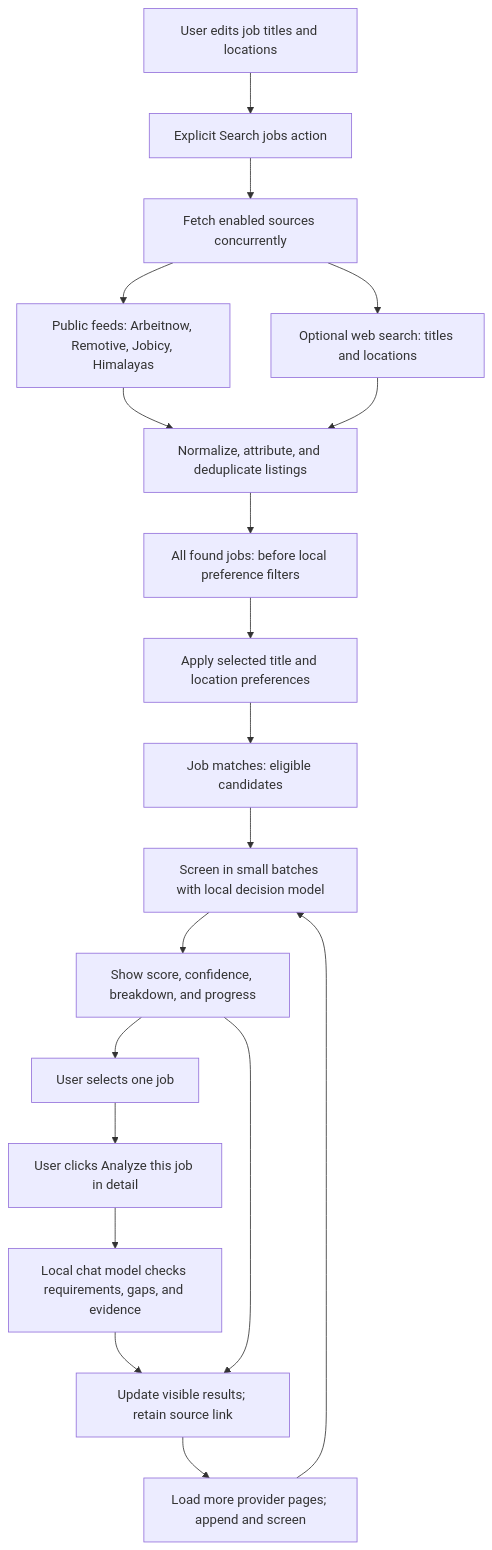
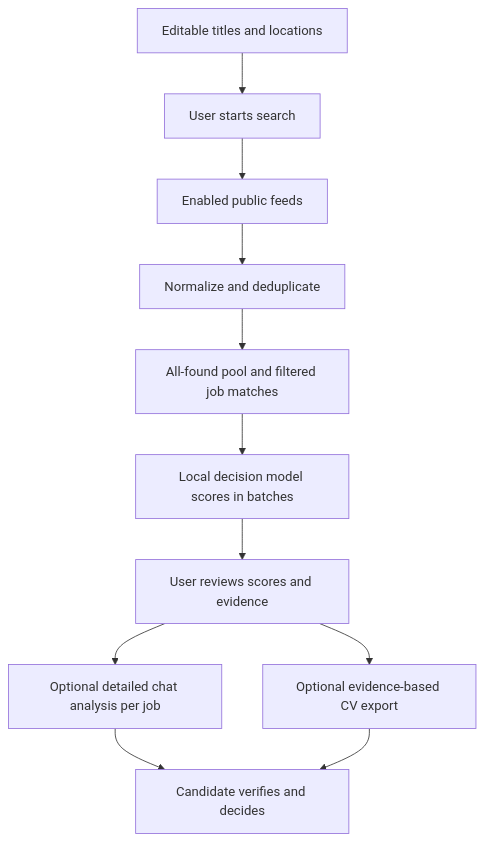
One commit to sinariazi/jobpilot changed the second of 4 diagrams in README.md. Above: the diagram before and after it, drawn with Mermaid. The commit also changed other lines of this file, not shown here.

````diff
--- a/README.md
+++ b/README.md
@@ -193,21 +40,13 @@
 ```mermaid
 flowchart TB
-    preferences["User edits job titles and locations"] --> request["Explicit Search jobs action"]
-    request --> gather["Fetch enabled sources concurrently"]
-    gather --> public["Public feeds: Arbeitnow, Remotive, Jobicy, Himalayas"]
-    gather --> optional["Optional web search: titles and locations"]
-    public --> normalize["Normalize, attribute, and deduplicate listings"]
-    optional --> normalize
-    normalize --> pool["All found jobs: before local preference filters"]
-    pool --> filter["Apply selected title and location preferences"]
-    filter --> eligible["Job matches: eligible candidates"]
-    eligible --> batch["Screen in small batches with local decision model"]
-    batch --> score["Show score, confidence, breakdown, and progress"]
-    score --> select["User selects one job"]
-    select --> detailRequest["User clicks Analyze this job in detail"]
-    detailRequest --> detail["Local chat model checks requirements, gaps, and evidence"]
-    detail --> results["Update visible results; retain source link"]
-    score --> results
-    results --> more["Load more provider pages; append and screen"]
-    more --> batch
+    preferences["Editable titles and locations"] --> search["User starts search"]
+    search --> sources["Enabled public feeds"]
+    sources --> normalize["Normalize and deduplicate"]
+    normalize --> pools["All-found pool and filtered job matches"]
+    pools --> decision["Local decision model scores in batches"]
+    decision --> review["User reviews scores and evidence"]
+    review --> detail["Optional detailed chat analysis per job"]
+    review --> tailor["Optional evidence-based CV export"]
+    detail --> human["Candidate verifies and decides"]
+    tailor --> human
 ```
````
